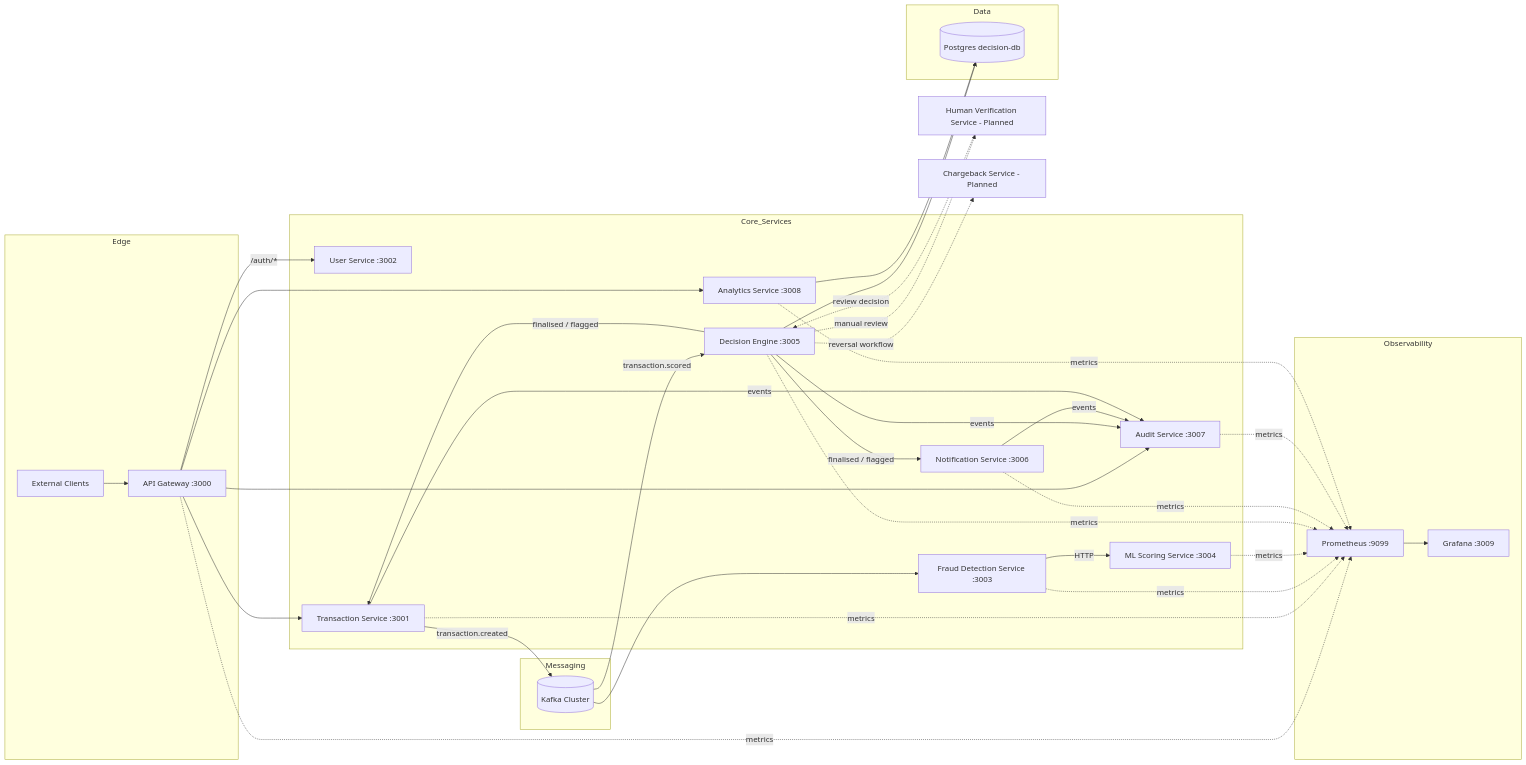
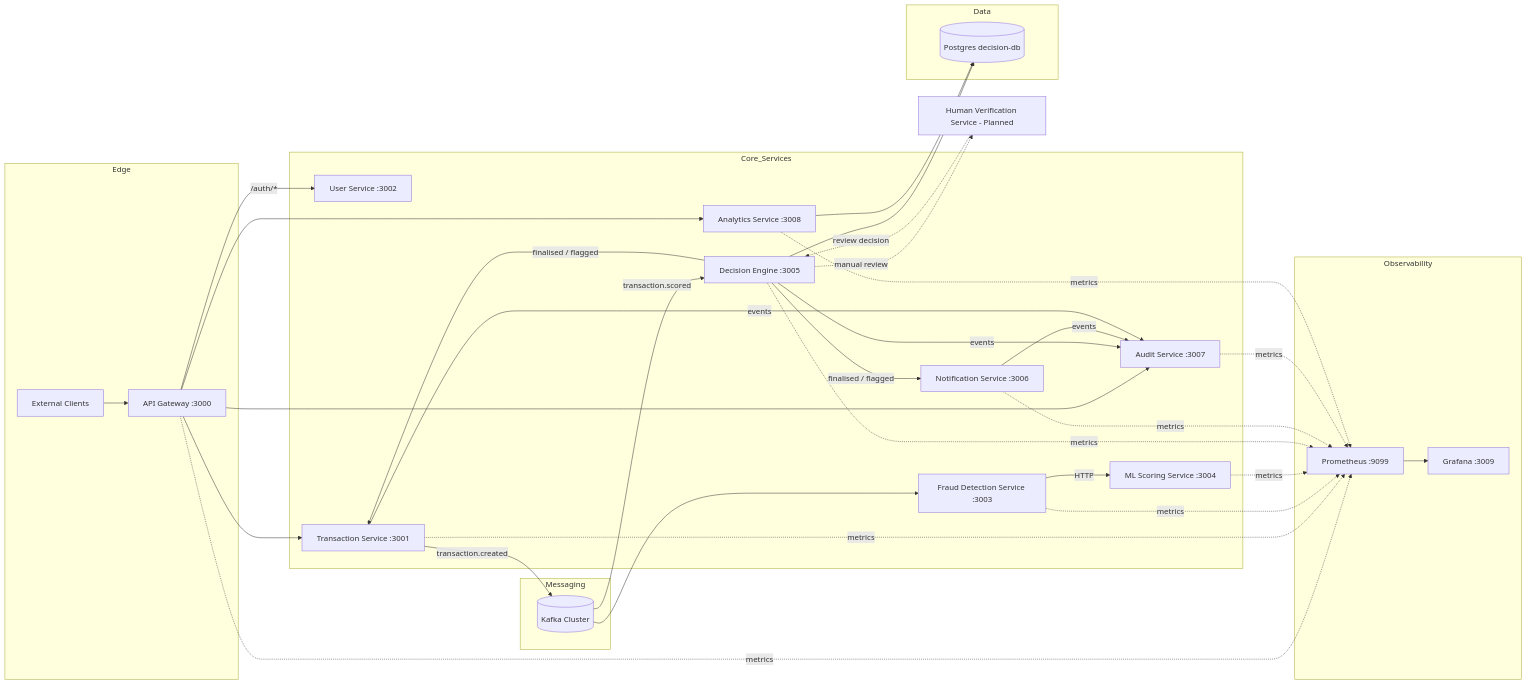
Before and after one commit to Naren3333/fraud-detection-system: the diagram in README.md, drawn with Mermaid. The commit also changed other lines of this file and 1 other file, not shown here.

Commit message:
minor MD changes

```diff
--- a/README.md
+++ b/README.md
@@ -89,7 +89,6 @@
 
 Decision -. manual review .-> HumanVerify[Human Verification Service - Planned]
 HumanVerify -. review decision .-> Decision
-Decision -. reversal workflow .-> Chargeback[Chargeback Service - Planned]
 
 %% =====================================================
 %% METRICS
```
